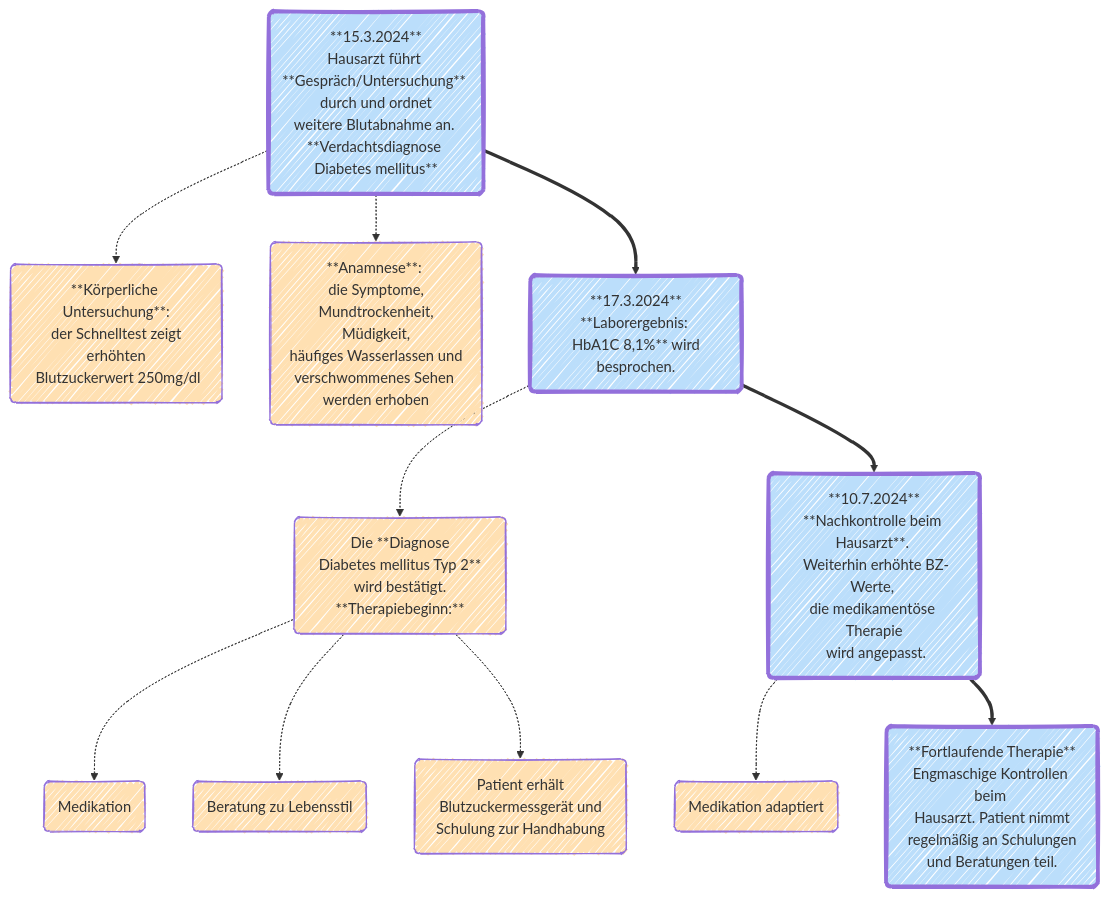
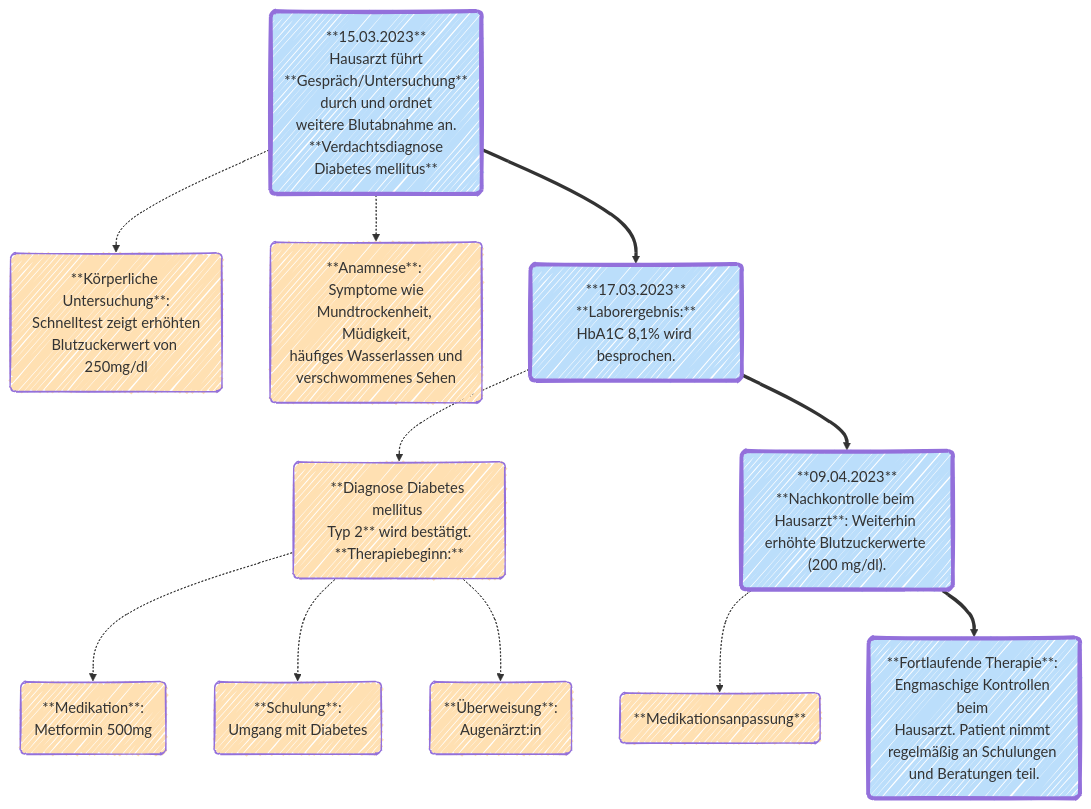
One commit to HL7Austria/ELGA-IV-Diabetes-R4 changed the diagram in input/pagecontent/anwendungsfaelle.md. Above: the diagram before and after it, drawn with Mermaid. The commit also changed other lines of this file and 44 other files, not shown here.

```diff
--- a/input/pagecontent/anwendungsfaelle.md
+++ b/input/pagecontent/anwendungsfaelle.md
@@ -14,28 +14,31 @@
 <pre class="mermaid">
 ---
 config:
   look: handDrawn
   layout: fixed
 ---
 flowchart TD
-A("**15.3.2024**<br/>Hausarzt führt <br/>**Gespräch/Untersuchung** <br/>durch und ordnet<br/>weitere Blutabnahme an. <br/>**Verdachtsdiagnose Diabetes mellitus**")
-A -.-> a1("**Körperliche Untersuchung**:<br/> der Schnelltest zeigt erhöhten<br/> Blutzuckerwert 250mg/dl") & a2("**Anamnese**: <br/>die Symptome,<br/> Mundtrockenheit, Müdigkeit,<br/> häufiges Wasserlassen und <br/>verschwommenes Sehen <br/>werden erhoben")
-A ==> B("**17.3.2024**<br/>**Laborergebnis: <br/> HbA1C 8,1%** wird besprochen.")
-B -.-> b1("Die **Diagnose<br/> Diabetes mellitus Typ 2** wird bestätigt.<br/>**Therapiebeginn:**")
-b1 -.-> bb1("Medikation") & bb2("Beratung zu Lebensstil") & bb3("Patient erhält<br/> Blutzuckermessgerät und Schulung zur Handhabung")
-B ==> C("**10.7.2024**<br/>**Nachkontrolle beim <br/>Hausarzt**. <br/> Weiterhin erhöhte BZ-Werte, <br/>die medikamentöse Therapie<br/> wird angepasst.")
-C -.-> c1("Medikation adaptiert")
-C ==> D("**Fortlaufende Therapie**<br/>Engmaschige Kontrollen beim <br/>Hausarzt. Patient nimmt<br/> regelmäßig an Schulungen und Beratungen teil.")
-    
+A("**15.03.2023**<br/>Hausarzt führt <br/>**Gespräch/Untersuchung** <br/>durch und ordnet<br/>weitere Blutabnahme an. <br/>**Verdachtsdiagnose <br/>Diabetes mellitus**")
+A -.-> a1("**Körperliche Untersuchung**:<br/>Schnelltest zeigt erhöhten<br/>Blutzuckerwert von 250mg/dl")
+A -.-> a2("**Anamnese**: <br/>Symptome wie<br/>Mundtrockenheit, Müdigkeit,<br/>häufiges Wasserlassen und<br/>verschwommenes Sehen")
+A ==> B("**17.03.2023**<br/>**Laborergebnis:**<br/>HbA1C 8,1% wird besprochen.")
+B -.-> b1("**Diagnose Diabetes mellitus <br/>Typ 2** wird bestätigt.<br/>**Therapiebeginn:**")
+b1 -.-> bb1("**Medikation**: <br/>Metformin 500mg")
+b1 -.-> bb2("**Schulung**: <br/>Umgang mit Diabetes")
+b1 -.-> bb3("**Überweisung**: <br/>Augenärzt:in")
+B ==> C("**09.04.2023**<br/>**Nachkontrolle beim <br/>Hausarzt**: Weiterhin erhöhte Blutzuckerwerte (200 mg/dl).")
+C -.-> c1("**Medikationsanpassung**")
+C ==> D("**Fortlaufende Therapie**: <br/>Engmaschige Kontrollen beim <br/>Hausarzt. Patient nimmt <br/>regelmäßig an Schulungen und Beratungen teil.")
+
 style A fill:#BBDEFB,stroke-width:4px
 style a1 fill:#FFE0B2
 style a2 fill:#FFE0B2
 style B fill:#BBDEFB,stroke-width:4px
 style b1 fill:#FFE0B2
 style bb1 fill:#FFE0B2
 style bb2 fill:#FFE0B2
 style bb3 fill:#FFE0B2
 style C fill:#BBDEFB,stroke-width:4px
 style c1 fill:#FFE0B2
 style D fill:#BBDEFB,stroke-width:4px
 </pre>
```
